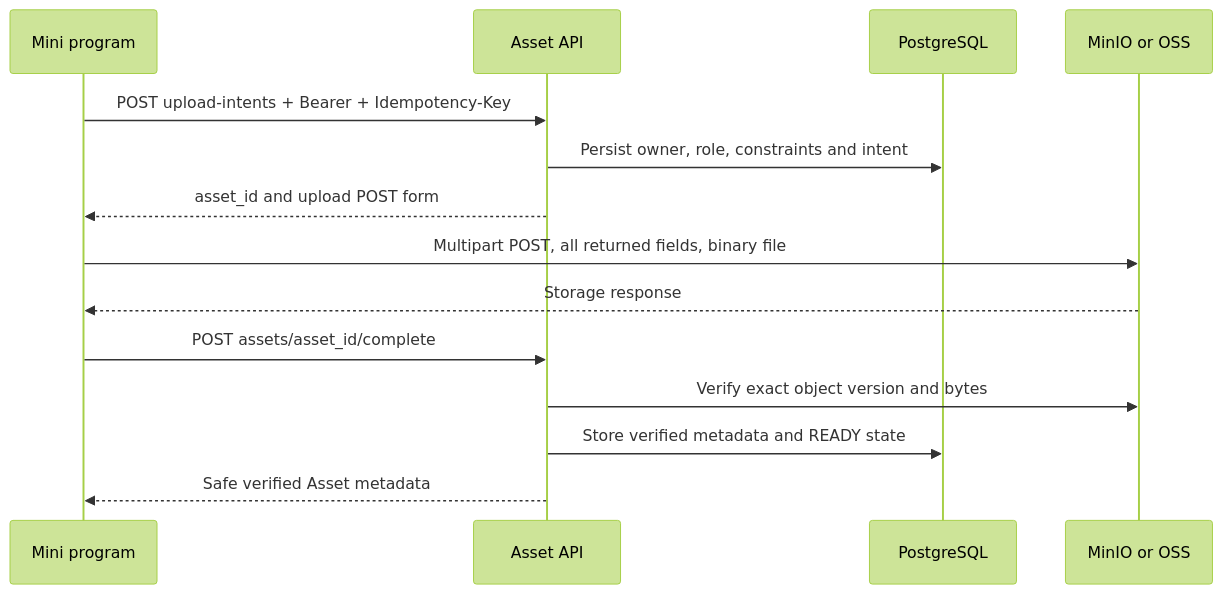
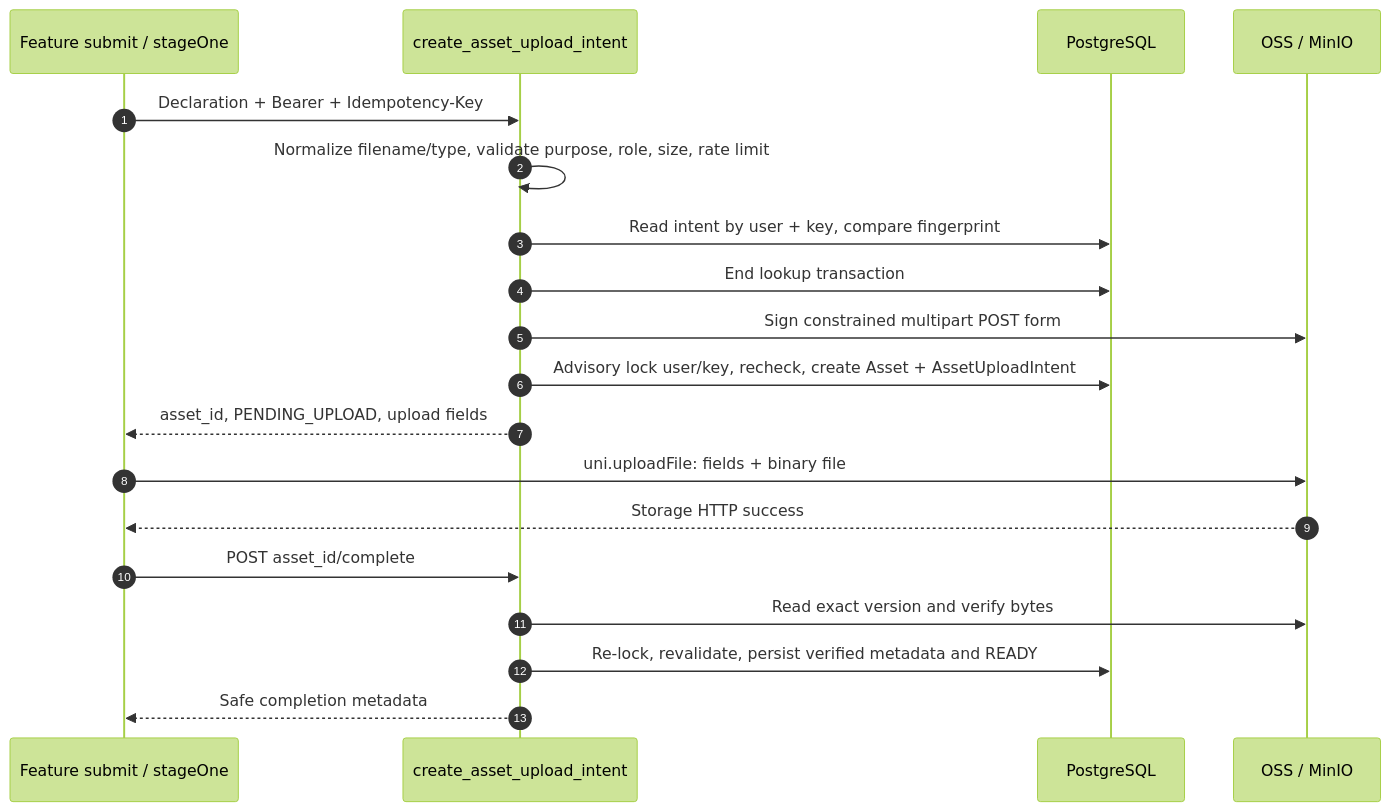
The first of 2 diagrams in reference/flows/asset-upload-flow.md (Orientation-CD/docs), drawn with Mermaid (forest theme) before and after one commit. The commit also changed other lines of this file and 61 other files, not shown here.

````diff
--- a/reference/flows/asset-upload-flow.md
+++ b/reference/flows/asset-upload-flow.md
@@ -5,16 +34,21 @@
 ```mermaid
 sequenceDiagram
-  participant MP as Mini program
-  participant API as Asset API
+  autonumber
+  participant UI as Feature submit / stageOne
+  participant API as create_asset_upload_intent
   participant DB as PostgreSQL
-  participant S3 as MinIO or OSS
-  MP->>API: POST upload-intents + Bearer + Idempotency-Key
-  API->>DB: Persist owner, role, constraints and intent
-  API-->>MP: asset_id and upload POST form
-  MP->>S3: Multipart POST, all returned fields, binary file
-  S3-->>MP: Storage response
-  MP->>API: POST assets/asset_id/complete
-  API->>S3: Verify exact object version and bytes
-  API->>DB: Store verified metadata and READY state
-  API-->>MP: Safe verified Asset metadata
+  participant Store as OSS / MinIO
+  UI->>API: Declaration + Bearer + Idempotency-Key
+  API->>API: Normalize filename/type, validate purpose, role, size, rate limit
+  API->>DB: Read intent by user + key, compare fingerprint
+  API->>DB: End lookup transaction
+  API->>Store: Sign constrained multipart POST form
+  API->>DB: Advisory lock user/key, recheck, create Asset + AssetUploadIntent
+  API-->>UI: asset_id, PENDING_UPLOAD, upload fields
+  UI->>Store: uni.uploadFile: fields + binary file
+  Store-->>UI: Storage HTTP success
+  UI->>API: POST asset_id/complete
+  API->>Store: Read exact version and verify bytes
+  API->>DB: Re-lock, revalidate, persist verified metadata and READY
+  API-->>UI: Safe completion metadata
 ```
````
